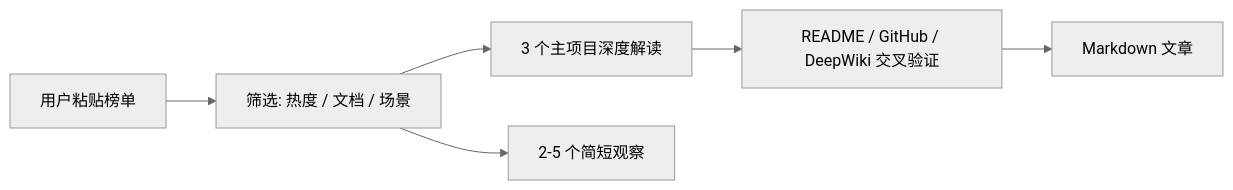
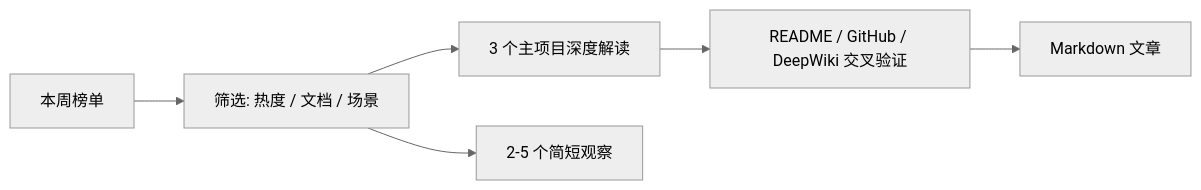
The diagram in skills/github-weekly-trending/SKILL.md (xfworld/blog), drawn with Mermaid (neutral theme) before and after one commit. The commit also changed other lines of this file, not shown here.

````diff
--- a/skills/github-weekly-trending/SKILL.md
+++ b/skills/github-weekly-trending/SKILL.md
@@ -230,8 +248,8 @@
 ```mermaid
 flowchart LR
-  Input[用户粘贴榜单] --> Filter[筛选: 热度 / 文档 / 场景]
+  Input[本周榜单] --> Filter[筛选: 热度 / 文档 / 场景]
   Filter --> Main[3 个主项目深度解读]
   Filter --> Brief[2-5 个简短观察]
   Main --> Verify[README / GitHub / DeepWiki 交叉验证]
   Verify --> Article[Markdown 文章]
 ```
````
